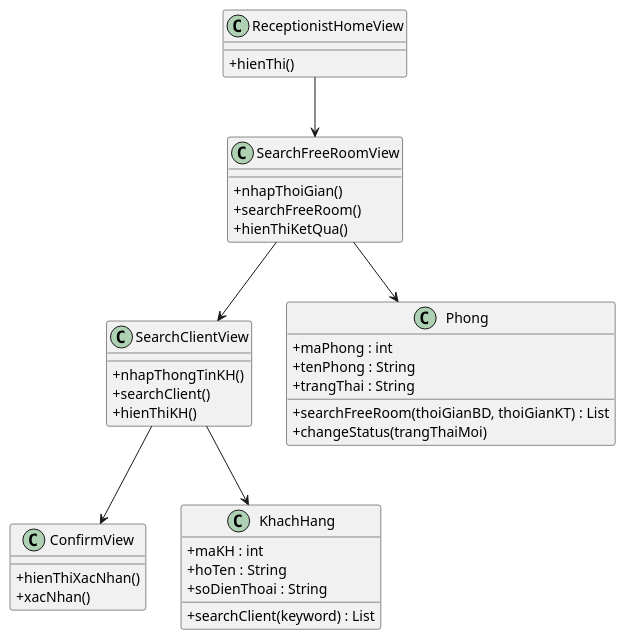
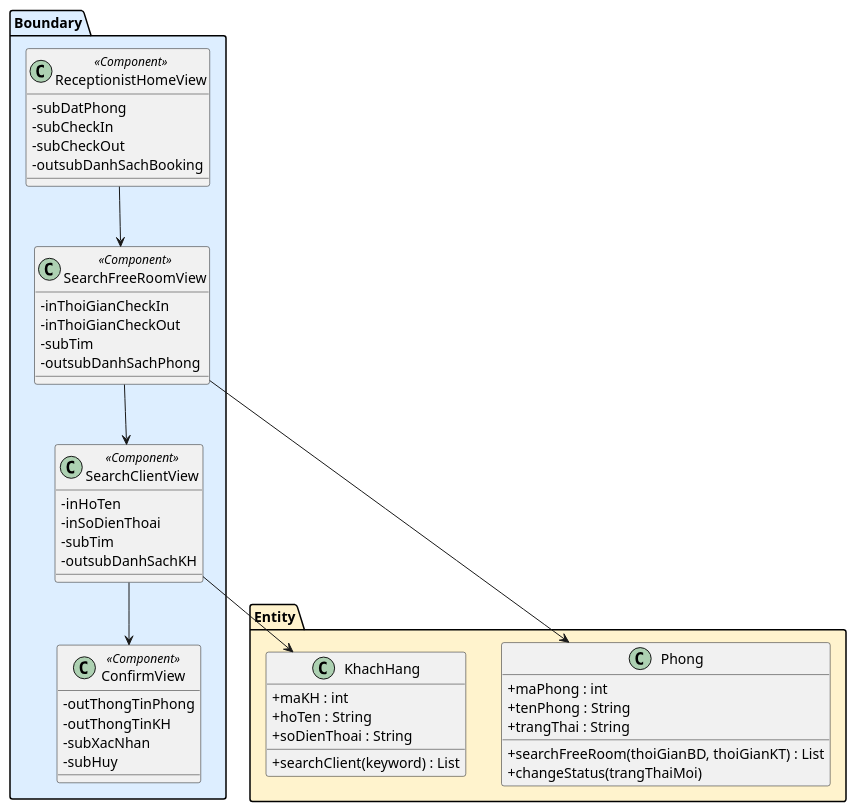
One commit to thanhtrnnn/cnpm changed the first of 8 diagrams in docs/tabs/section-booking-ii.3-2.4.md. Above: the diagram before and after it, drawn with PlantUML. The commit also changed other lines of this file and 5 other files, not shown here.

First line of the commit message:
fix: BCE analysis diagrams - Boundary classes have attributes only, Entity classes keep methods

````diff
--- a/docs/tabs/section-booking-ii.3-2.4.md
+++ b/docs/tabs/section-booking-ii.3-2.4.md
@@ -26,47 +26,58 @@
 ```plantuml
 @startuml
 skinparam classAttributeIconSize 0
 
-class ReceptionistHomeView {
-  +hienThi()
+package "Boundary" #DDEEFF {
+  class ReceptionistHomeView <<Component>> {
+    -subDatPhong
+    -subCheckIn
+    -subCheckOut
+    -outsubDanhSachBooking
+  }
+
+  class SearchFreeRoomView <<Component>> {
+    -inThoiGianCheckIn
+    -inThoiGianCheckOut
+    -subTim
+    -outsubDanhSachPhong
+  }
+
+  class SearchClientView <<Component>> {
+    -inHoTen
+    -inSoDienThoai
+    -subTim
+    -outsubDanhSachKH
+  }
+
+  class ConfirmView <<Component>> {
+    -outThongTinPhong
+    -outThongTinKH
+    -subXacNhan
+    -subHuy
+  }
 }
 
-class SearchFreeRoomView {
-  +nhapThoiGian()
-  +searchFreeRoom()
-  +hienThiKetQua()
-}
+package "Entity" #FFF3CD {
+  class Phong {
+    +maPhong : int
+    +tenPhong : String
+    +trangThai : String
+    +searchFreeRoom(thoiGianBD, thoiGianKT) : List
+    +changeStatus(trangThaiMoi)
+  }
 
-class SearchClientView {
-  +nhapThongTinKH()
-  +searchClient()
-  +hienThiKH()
-}
-
-class ConfirmView {
-  +hienThiXacNhan()
-  +xacNhan()
-}
-
-class Phong {
-  +maPhong : int
-  +tenPhong : String
-  +trangThai : String
-  +searchFreeRoom(thoiGianBD, thoiGianKT) : List
-  +changeStatus(trangThaiMoi)
-}
-
-class KhachHang {
-  +maKH : int
-  +hoTen : String
-  +soDienThoai : String
-  +searchClient(keyword) : List
+  class KhachHang {
+    +maKH : int
+    +hoTen : String
+    +soDienThoai : String
+    +searchClient(keyword) : List
+  }
 }
 
 ReceptionistHomeView --> SearchFreeRoomView
 SearchFreeRoomView --> SearchClientView
 SearchClientView --> ConfirmView
 SearchFreeRoomView --> Phong
 SearchClientView --> KhachHang
 @enduml
 ```
````
